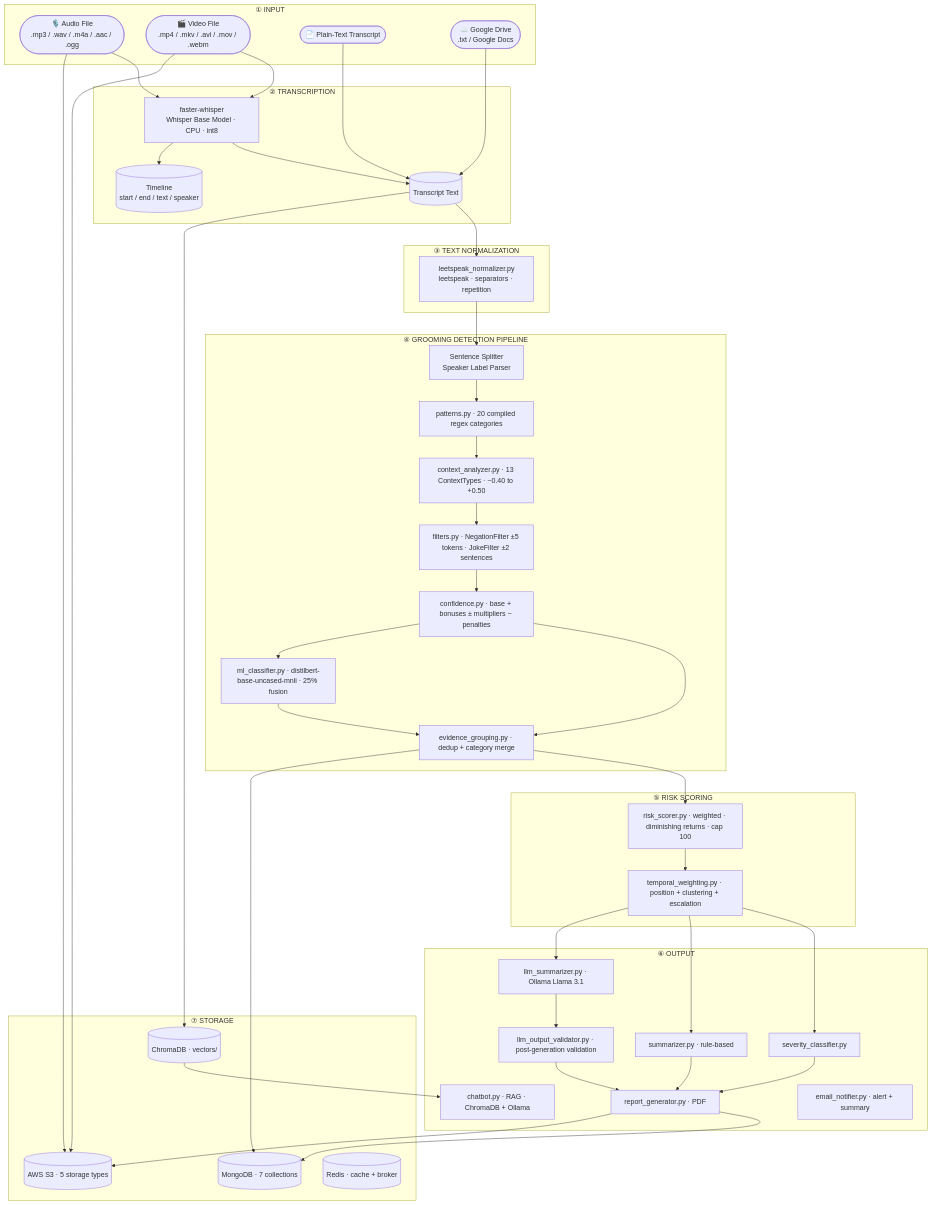
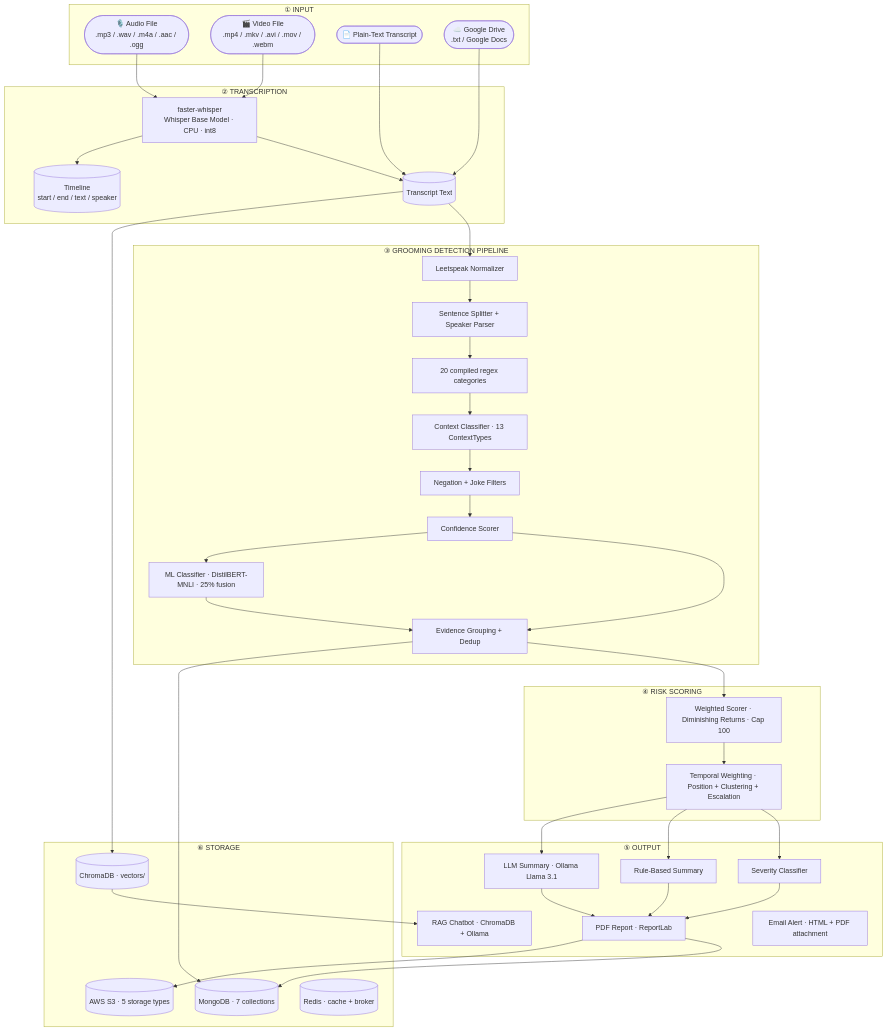
One commit to chitraganesan-sun2/Mw-saftey-Backend changed the diagram in README.md. Above: the diagram before and after it, drawn with Mermaid. The commit also changed other lines of this file, not shown here.

````diff
--- a/README.md
+++ b/README.md
@@ -9,65 +9,56 @@
 ```mermaid
 flowchart TD
     subgraph INPUT["① INPUT"]
         A1([🎙️ Audio File\n.mp3 / .wav / .m4a / .aac / .ogg])
         A2([🎬 Video File\n.mp4 / .mkv / .avi / .mov / .webm])
         A3([📄 Plain-Text Transcript])
         A4([☁️ Google Drive\n.txt / Google Docs])
     end
 
     subgraph TRANSCRIPTION["② TRANSCRIPTION"]
         B[faster-whisper\nWhisper Base Model · CPU · int8]
         B1[(Transcript Text)]
         B2[(Timeline\nstart / end / text / speaker)]
     end
 
-    subgraph NORMALIZATION["③ TEXT NORMALIZATION"]
-        LEET[leetspeak_normalizer.py\nleetspeak · separators · repetition]
+    subgraph DETECTION["③ GROOMING DETECTION PIPELINE"]
+        LEET[Leetspeak Normalizer]
+        C[Sentence Splitter + Speaker Parser]
+        PAT[20 compiled regex categories]
+        CTX[Context Classifier · 13 ContextTypes]
+        FIL[Negation + Joke Filters]
+        CONF[Confidence Scorer]
+        ML[ML Classifier · DistilBERT-MNLI · 25% fusion]
+        EG[Evidence Grouping + Dedup]
     end
 
-    subgraph DETECTION["④ GROOMING DETECTION PIPELINE"]
-        C[Sentence Splitter\nSpeaker Label Parser]
-        PAT[patterns.py · 20 compiled regex categories]
-        CTX[context_analyzer.py · 13 ContextTypes · −0.40 to +0.50]
-        FIL[filters.py · NegationFilter ±5 tokens · JokeFilter ±2 sentences]
-        CONF[confidence.py · base + bonuses ± multipliers − penalties]
-        ML[ml_classifier.py · distilbert-base-uncased-mnli · 25% fusion]
-        EG[evidence_grouping.py · dedup + category merge]
+    subgraph SCORING["④ RISK SCORING"]
+        RS[Weighted Scorer · Diminishing Returns · Cap 100]
+        TW[Temporal Weighting · Position + Clustering + Escalation]
     end
 
-    subgraph SCORING["⑤ RISK SCORING"]
-        RS[risk_scorer.py · weighted · diminishing returns · cap 100]
-        TW[temporal_weighting.py · position + clustering + escalation]
+    subgraph OUTPUT["⑤ OUTPUT"]
+        SV[Severity Classifier]
+        SUM[Rule-Based Summary]
+        LLM[LLM Summary · Ollama Llama 3.1]
+        PDF[PDF Report · ReportLab]
+        BOT[RAG Chatbot · ChromaDB + Ollama]
+        EMAIL[Email Alert · HTML + PDF attachment]
     end
 
-    subgraph OUTPUT["⑥ OUTPUT"]
-        SV[severity_classifier.py]
-        SUM[summarizer.py · rule-based]
-        LLM[llm_summarizer.py · Ollama Llama 3.1]
-        VAL[llm_output_validator.py · post-generation validation]
-        PDF[report_generator.py · PDF]
-        BOT[chatbot.py · RAG · ChromaDB + Ollama]
-        EMAIL[email_notifier.py · alert + summary]
-    end
-
-    subgraph STORAGE["⑦ STORAGE"]
+    subgraph STORAGE["⑥ STORAGE"]
         MDB[(MongoDB · 7 collections)]
         S3[(AWS S3 · 5 storage types)]
         VEC[(ChromaDB · vectors/)]
         REDIS[(Redis · cache + broker)]
     end
 
-    A1 --> B --> B1 & B2
-    A2 --> B
-    A3 --> B1
-    A4 --> B1
+    A1 & A2 --> B --> B1 & B2
+    A3 & A4 --> B1
     B1 --> LEET --> C --> PAT --> CTX --> FIL --> CONF --> EG
     CONF --> ML --> EG
     EG --> RS --> TW --> SV & SUM & LLM
-    LLM --> VAL
-    SV & SUM & VAL --> PDF
-    PDF --> MDB & S3
-    A1 & A2 --> S3
+    SV & SUM & LLM --> PDF --> MDB & S3
     B1 --> VEC --> BOT
     EG --> MDB
 ```
````
